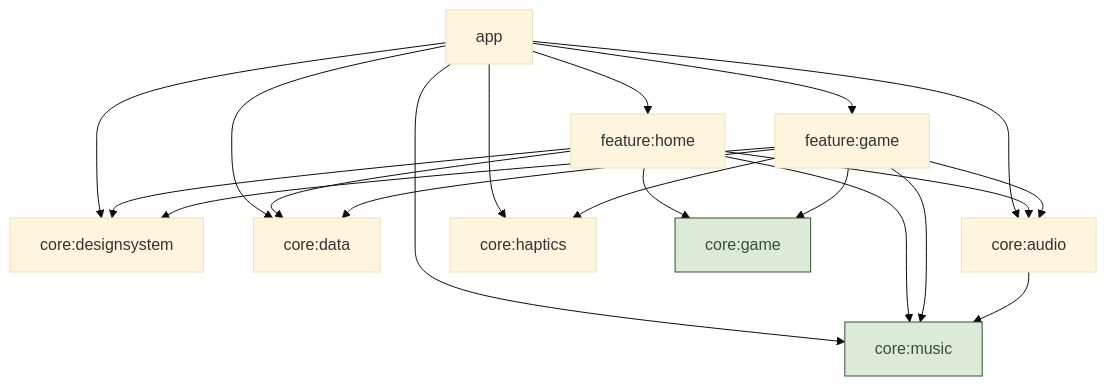
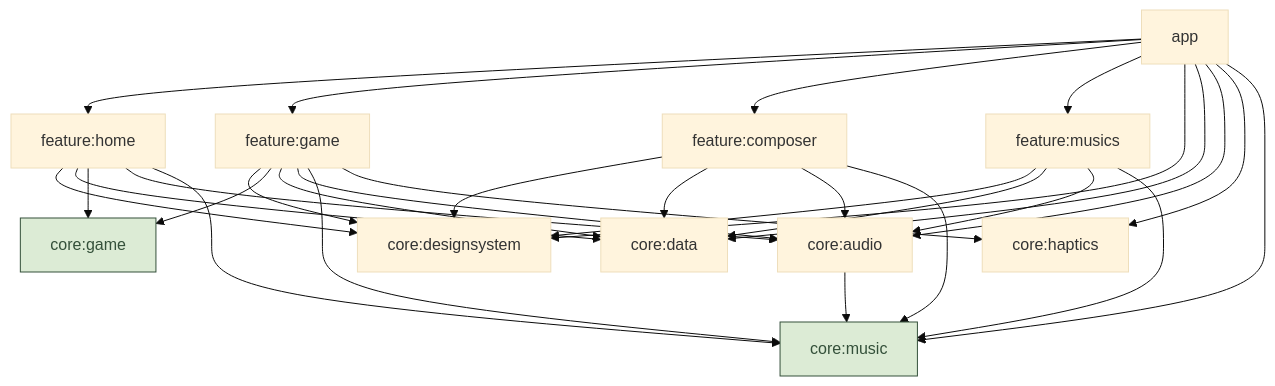
One commit to magori/blox changed the first of 2 diagrams in docs/architecture.md. Above: the diagram before and after it, drawn with Mermaid (base theme). The commit also changed other lines of this file and 5 other files, not shown here.

First line of the commit message:
📝 docs(musics): écran « Mes musiques », module feature:musics, cocher P4.22c

````diff
--- a/docs/architecture.md
+++ b/docs/architecture.md
@@ -11,28 +11,40 @@
 ```mermaid
 graph TD
     app --> featureHome[feature:home]
     app --> featureGame[feature:game]
+    app --> featureComposer[feature:composer]
+    app --> featureMusics[feature:musics]
     app --> designsystem[core:designsystem]
     app --> data[core:data]
     app --> audio[core:audio]
     app --> haptics[core:haptics]
     app --> music
 
     featureHome --> designsystem
     featureHome --> data
     featureHome --> game
     featureHome --> audio
     featureHome --> music
 
     featureGame --> designsystem
     featureGame --> game[core:game]
     featureGame --> data
     featureGame --> audio
     featureGame --> music
     featureGame --> haptics
 
+    featureComposer --> designsystem
+    featureComposer --> data
+    featureComposer --> audio
+    featureComposer --> music
+
+    featureMusics --> designsystem
+    featureMusics --> data
+    featureMusics --> audio
+    featureMusics --> music
+
     audio --> music[core:music]
 
     classDef pure fill:#dcebd5,stroke:#34503a,color:#34503a
     class game,music pure
 ```
````
